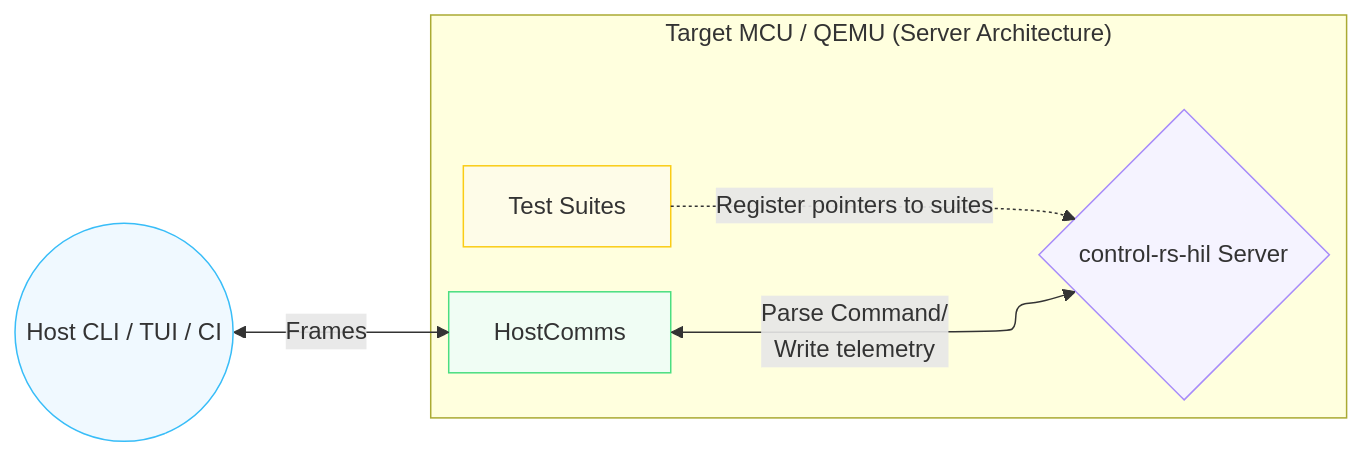
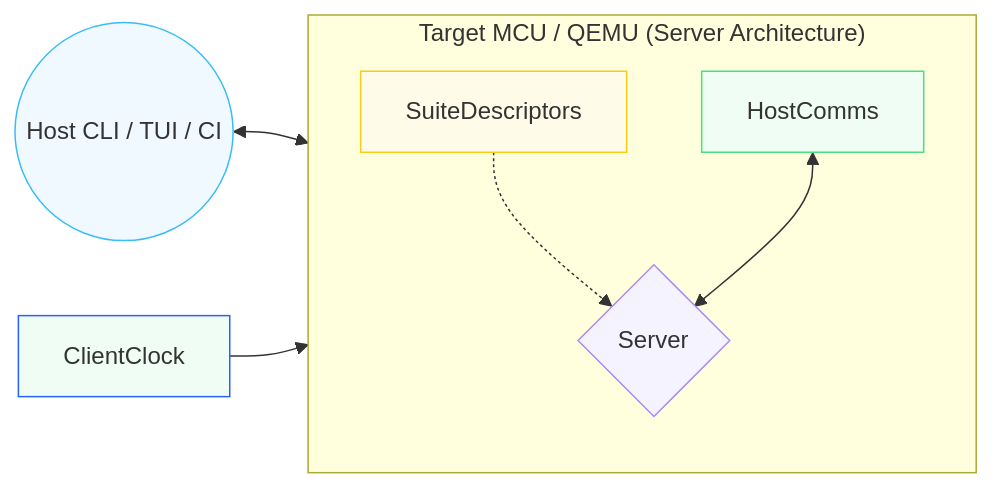
The diagram in control-rs-hil/README.md (Dyse-Industries/control-rs), drawn with Mermaid before and after one commit. The commit also changed other lines of this file, not shown here.

Commit message:
update control-rs-hil diagram

````diff
--- a/control-rs-hil/README.md
+++ b/control-rs-hil/README.md
@@ -17,25 +17,29 @@
 ```mermaid
 ---
 config:
-  layout: elk
+  layout: fixed
 ---
 flowchart LR
  subgraph Target["Target MCU / QEMU (Server Architecture)"]
     direction TB
         CommsRx["HostComms"]
-        Runner{"control-rs-hil Server"}
-        Tests["Test Suites"]
+        Runner{"Server"}
+        Tests["SuiteDescriptors"]
   end
-    CommsRx <-- Parse Command/<br>Write telemetry --> Runner
-    Tests -. Register pointers to suites .-> Runner
-    Host(("Host CLI / TUI / CI")) <-- Frames --> CommsRx
+    Tests -. <br> .-> Runner
+    Host(("Host CLI / TUI / CI")) <--> CommsRx
+    CommsRx <--> Runner
+    n1["ClientClock"] --> Runner
 
+    n1@{ shape: rect}
      CommsRx:::serverNode
      Runner:::eventLoop
      Tests:::testNode
      Host:::hostNode
+     n1:::serverNode
     classDef hostNode stroke:#38bdf8,fill:#f0f9ff
     classDef serverNode stroke:#4ade80,fill:#f0fdf4
     classDef eventLoop stroke:#a78bfa,fill:#f5f3ff
     classDef testNode stroke:#facc15,fill:#fefce8
+    style n1 stroke:#2962FF
 ```
````
